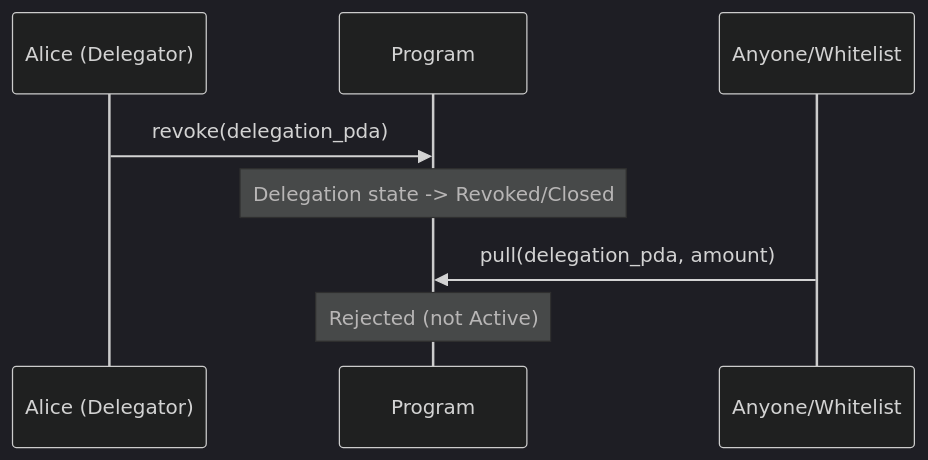
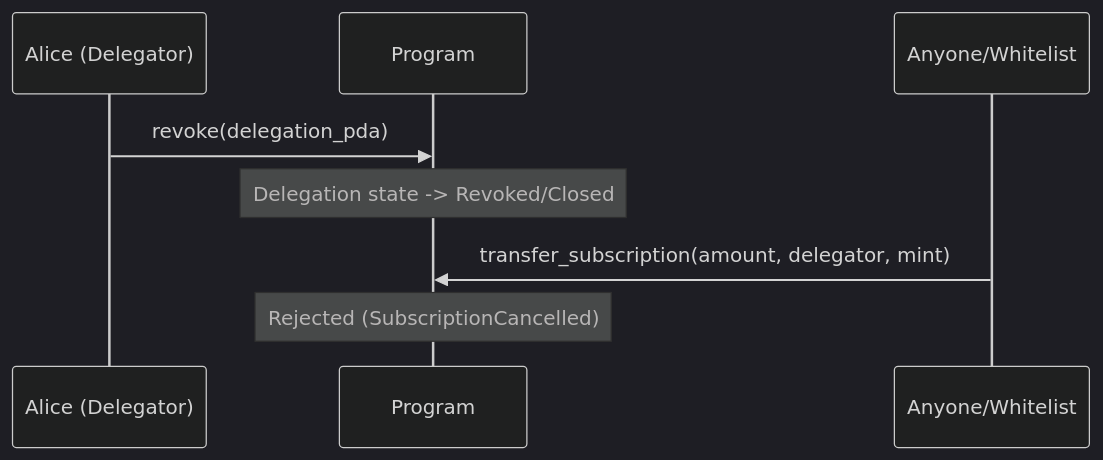
One commit to solana-program/multi-delegator changed the fifth of 6 diagrams in docs/002-subscriptions-architecture.md. Above: the diagram before and after it, drawn with Mermaid (dark theme). The commit also changed other lines of this file and 8 other files, not shown here.

````diff
--- a/docs/002-subscriptions-architecture.md
+++ b/docs/002-subscriptions-architecture.md
@@ -445,12 +468,12 @@
 ```mermaid
 sequenceDiagram
     participant D as Alice (Delegator)
     participant P as Program
     participant X as Anyone/Whitelist
 
     D->>P: revoke(delegation_pda)
     Note over P: Delegation state -> Revoked/Closed
 
-    X->>P: pull(delegation_pda, amount)
-    Note over P: Rejected (not Active)
+    X->>P: transfer_subscription(amount, delegator, mint)
+    Note over P: Rejected (SubscriptionCancelled)
 ```
````
